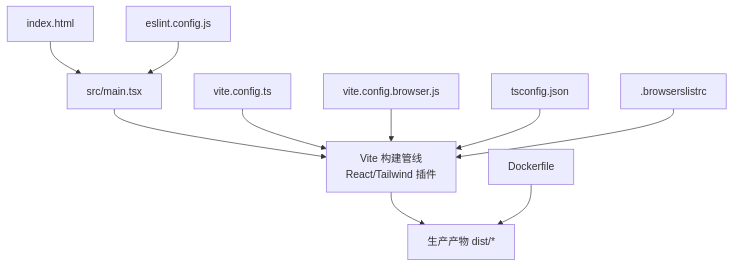
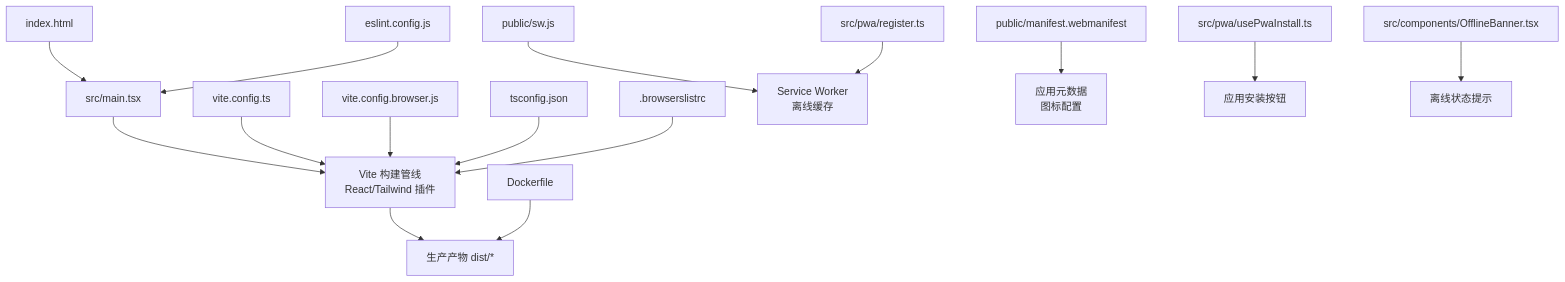
One commit to dgjin/smart-data-analytics changed the first of 10 diagrams in .qoder/repowiki/zh/content/前端应用/构建与优化.md. Above: the diagram before and after it, drawn with Mermaid. The commit also changed other lines of this file and 146 other files, not shown here.

````diff
--- a/.qoder/repowiki/zh/content/前端应用/构建与优化.md
+++ b/.qoder/repowiki/zh/content/前端应用/构建与优化.md
@@ -46,12 +63,17 @@
 ```mermaid
 graph TB
 A["index.html"] --> B["src/main.tsx"]
 B --> C["Vite 构建管线<br/>React/Tailwind 插件"]
 C --> D["生产产物 dist/*"]
 E["vite.config.ts"] --> C
 F["vite.config.browser.js"] --> C
 G["tsconfig.json"] --> C
 H["eslint.config.js"] --> B
 I[".browserslistrc"] --> C
 J["Dockerfile"] --> D
+K["public/sw.js"] --> L["Service Worker<br/>离线缓存"]
+M["public/manifest.webmanifest"] --> N["应用元数据<br/>图标配置"]
+O["src/pwa/register.ts"] --> L
+P["src/pwa/usePwaInstall.ts"] --> Q["应用安装按钮"]
+R["src/components/OfflineBanner.tsx"] --> S["离线状态提示"]
 ```
````
